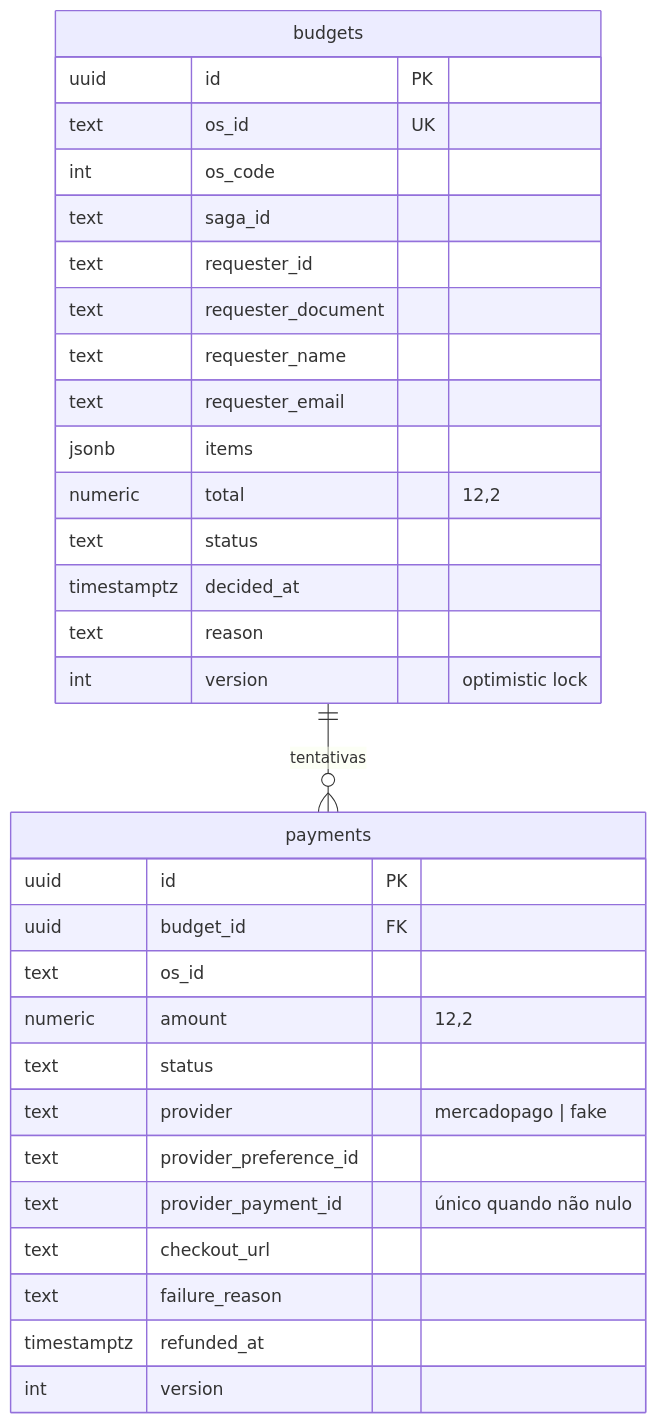
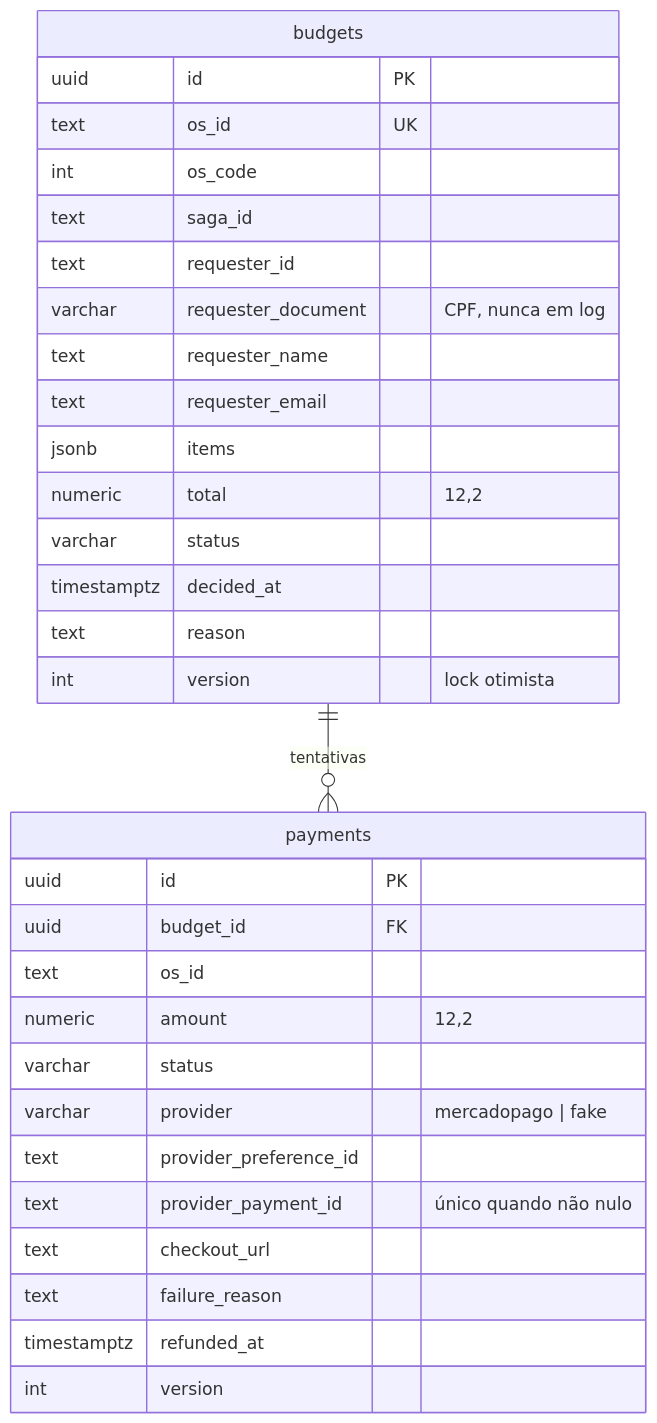
Before and after one commit to Kc1t/postech-tc4-billing-service: the third of 4 diagrams in README.md, drawn with Mermaid. The commit also changed other lines of this file, not shown here.

````diff
--- a/README.md
+++ b/README.md
@@ -171,34 +225,34 @@
 ```mermaid
 erDiagram
     budgets ||--o{ payments : "tentativas"
     budgets {
         uuid id PK
         text os_id UK
         int os_code
         text saga_id
         text requester_id
-        text requester_document
+        varchar requester_document "CPF, nunca em log"
         text requester_name
         text requester_email
         jsonb items
         numeric total "12,2"
-        text status
+        varchar status
         timestamptz decided_at
         text reason
-        int version "optimistic lock"
+        int version "lock otimista"
     }
     payments {
         uuid id PK
         uuid budget_id FK
         text os_id
         numeric amount "12,2"
-        text status
-        text provider "mercadopago | fake"
+        varchar status
+        varchar provider "mercadopago | fake"
         text provider_preference_id
         text provider_payment_id "único quando não nulo"
         text checkout_url
         text failure_reason
         timestamptz refunded_at
         int version
     }
 ```
````
